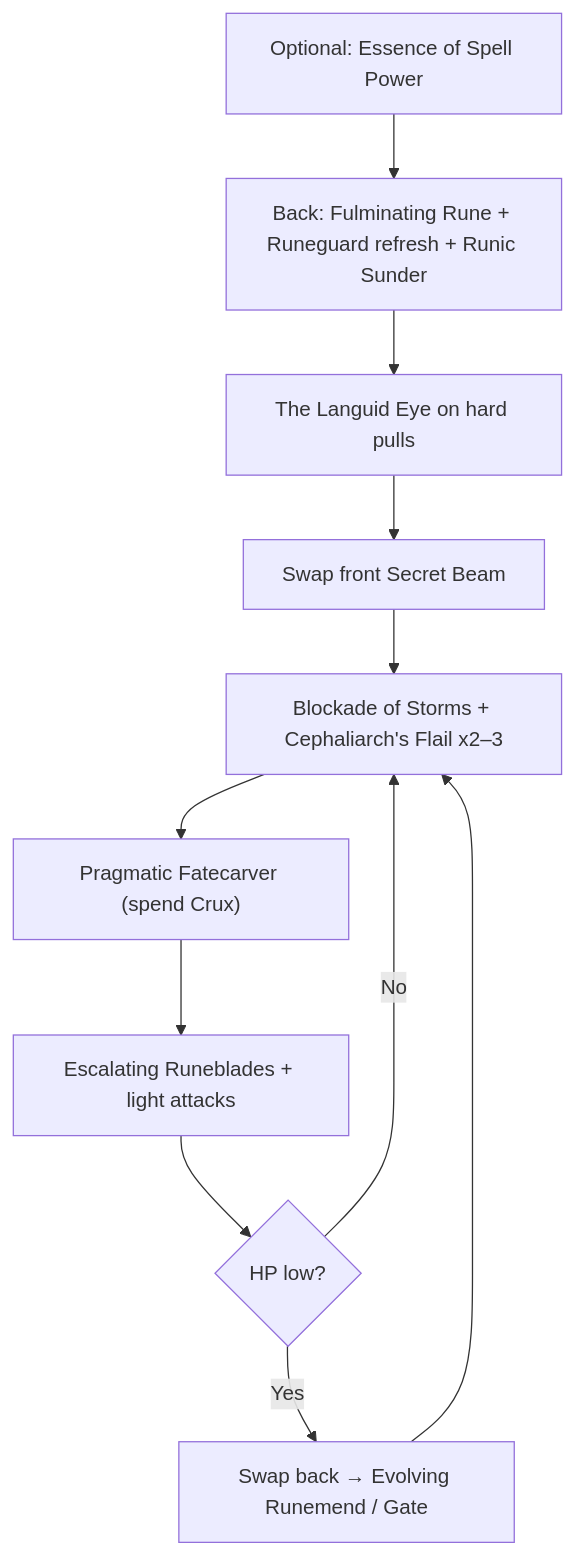
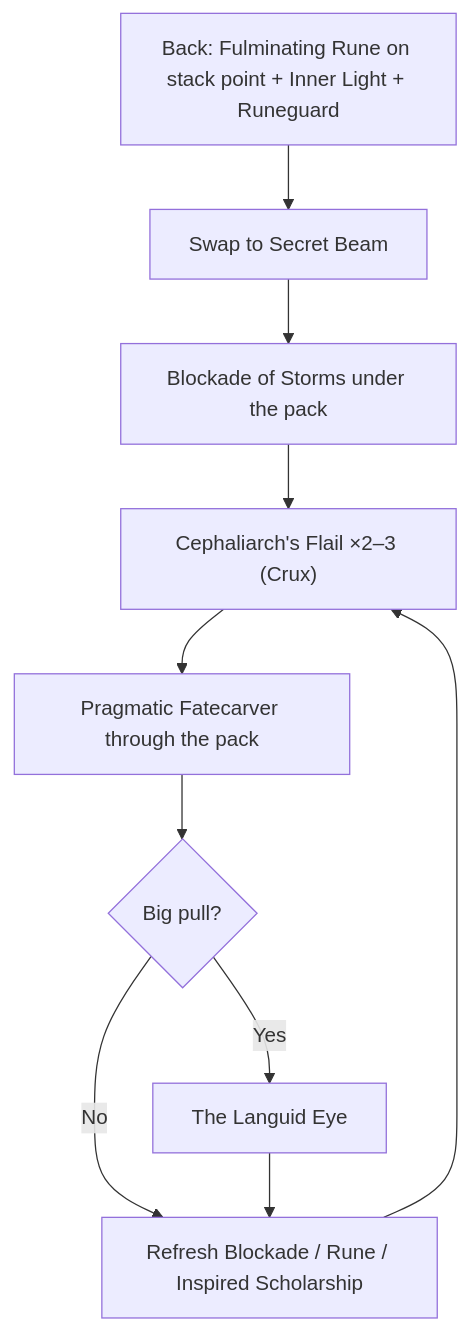
The second of 3 diagrams in examples/solaegis/eu/s_katib_asrar_plan.md (solaegis/CharacterMarkdown), drawn with Mermaid before and after one commit. The commit also changed other lines of this file and 2 other files, not shown here.

First line of the commit message:
docs(examples): reframe s_katib for group AoE; refresh Sea-Wolf export

````diff
--- a/examples/solaegis/eu/s_katib_asrar_plan.md
+++ b/examples/solaegis/eu/s_katib_asrar_plan.md
@@ -148,13 +148,12 @@
 ```mermaid
 flowchart TD
-    pot["Optional: Essence of Spell Power"] --> back["Back: Fulminating Rune + Runeguard refresh + Runic Sunder"]
-    back --> eye["The Languid Eye on hard pulls"]
-    eye --> swap["Swap front Secret Beam"]
-    swap --> setup["Blockade of Storms + Cephaliarch's Flail x2–3"]
-    setup --> beam["Pragmatic Fatecarver (spend Crux)"]
-    beam --> filler["Escalating Runeblades + light attacks"]
-    filler --> heal{"HP low?"}
-    heal -->|Yes| mend["Swap back → Evolving Runemend / Gate"]
-    heal -->|No| setup
-    mend --> setup
+    pre["Back: Fulminating Rune on stack point + Inner Light + Runeguard"] --> swap["Swap to Secret Beam"]
+    swap --> blk["Blockade of Storms under the pack"]
+    blk --> flail["Cephaliarch's Flail ×2–3 (Crux)"]
+    flail --> beam["Pragmatic Fatecarver through the pack"]
+    beam --> big{"Big pull?"}
+    big -->|Yes| eye["The Languid Eye"]
+    big -->|No| refresh
+    eye --> refresh["Refresh Blockade / Rune / Inspired Scholarship"]
+    refresh --> flail
 ```
````
